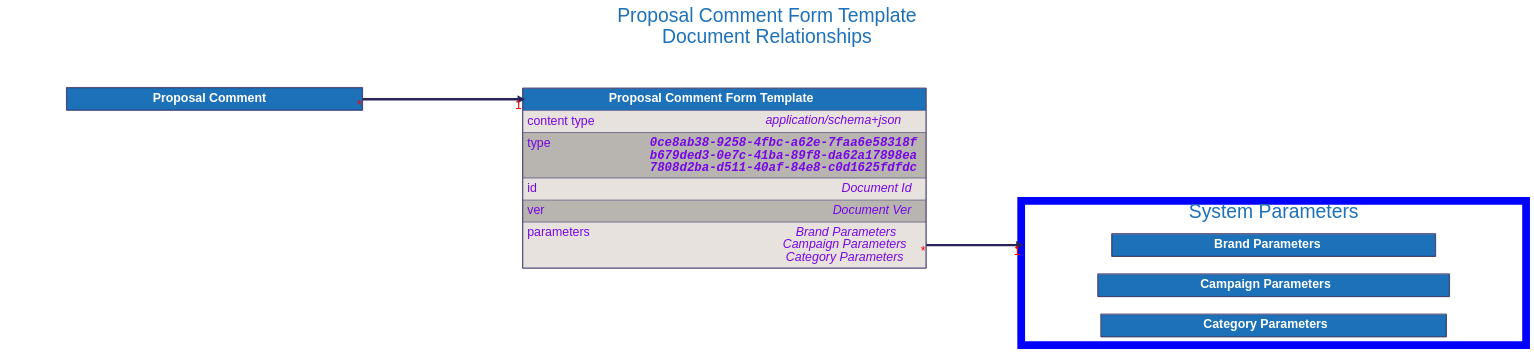
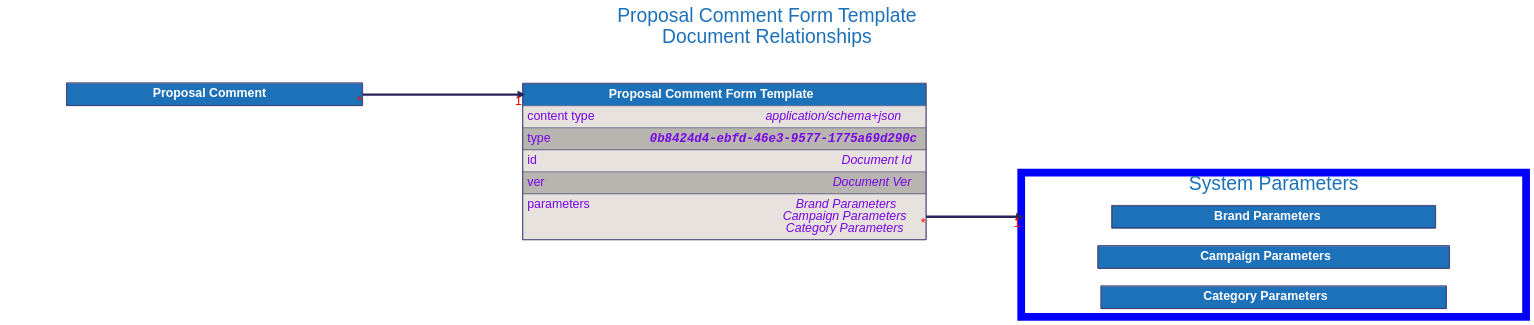
The diagram in docs/src/architecture/08_concepts/signed_doc/diagrams/proposal_comment_form_template.dot (input-output-hk/catalyst-libs), drawn with Graphviz before and after one commit. The commit also changed 57 other files, not shown here.

```diff
--- a/docs/src/architecture/08_concepts/signed_doc/diagrams/proposal_comment_form_template.dot
+++ b/docs/src/architecture/08_concepts/signed_doc/diagrams/proposal_comment_form_template.dot
@@ -1,149 +1,149 @@
 digraph "Proposal Comment Form Template" {
     rankdir="LR"
     graph [fontname="helvetica", fontsize="32", fontcolor="#29235c", bgcolor="white"];
     node [penwidth="0", margin="0", fontname="helvetica", fontsize="32", fontcolor="#29235c"];
     edge [fontname="helvetica", fontsize="32", fontcolor="red", color="#29235c"];
 
     labelloc="t"
     label="Proposal Comment Form Template
 Document Relationships"
     fontcolor="#1d71b8"
     fontsize=50
     compound=true
 
 
 
     subgraph cluster_system_parameters {
         label = "System Parameters";
         color=blue
         penwidth=20
 
         "Brand Parameters" [
             id="Brand Parameters";
             label=<
                 <TABLE BORDER="2" COLOR="#29235c" CELLBORDER="1" CELLSPACING="0" CELLPADDING="10">
                 <TR>
                     <TD PORT="title" BGCOLOR="#1d71b8" HREF="../brand_parameters/">
                         <FONT COLOR="#ffffff"><B> Brand Parameters </B></FONT>
                     </TD>
                 </TR>
 
                 </TABLE>
             >
         ];
 
 
         "Campaign Parameters" [
             id="Campaign Parameters";
             label=<
                 <TABLE BORDER="2" COLOR="#29235c" CELLBORDER="1" CELLSPACING="0" CELLPADDING="10">
                 <TR>
                     <TD PORT="title" BGCOLOR="#1d71b8" HREF="../campaign_parameters/">
                         <FONT COLOR="#ffffff"><B> Campaign Parameters </B></FONT>
                     </TD>
                 </TR>
 
                 </TABLE>
             >
         ];
 
 
         "Category Parameters" [
             id="Category Parameters";
             label=<
                 <TABLE BORDER="2" COLOR="#29235c" CELLBORDER="1" CELLSPACING="0" CELLPADDING="10">
                 <TR>
                     <TD PORT="title" BGCOLOR="#1d71b8" HREF="../category_parameters/">
                         <FONT COLOR="#ffffff"><B> Category Parameters </B></FONT>
                     </TD>
                 </TR>
 
                 </TABLE>
             >
         ];
 
     }
 
     "Proposal Comment Form Template" [
         id="Proposal Comment Form Template";
         label=<
             <TABLE BORDER="2" COLOR="#29235c" CELLBORDER="1" CELLSPACING="0" CELLPADDING="10">
             <TR>
                 <TD PORT="title" BGCOLOR="#1d71b8" HREF="../proposal_comment_form_template/">
                     <FONT COLOR="#ffffff"><B> Proposal Comment Form Template </B></FONT>
                 </TD>
             </TR>
             <TR>
                 <TD ALIGN="LEFT" PORT="content type" BGCOLOR="#e7e2dd">
                     <TABLE CELLPADDING="0" CELLSPACING="0" BORDER="0">
                         <TR>
                             <TD ALIGN="LEFT" VALIGN="TOP" WIDTH="200"><FONT COLOR="#7706E5">content type</FONT></TD>
                             <TD ALIGN="RIGHT"><FONT COLOR="#7706E5"><I>application/schema+json</I></FONT></TD>
                         </TR>
                     </TABLE>
                 </TD>
             </TR>
             <TR>
                 <TD ALIGN="LEFT" PORT="type" BGCOLOR="#b8b5b0">
                     <TABLE CELLPADDING="0" CELLSPACING="0" BORDER="0">
                         <TR>
                             <TD ALIGN="LEFT" VALIGN="TOP" WIDTH="200"><FONT COLOR="#7706E5">type</FONT></TD>
-                            <TD ALIGN="RIGHT"><FONT FACE="Courier" COLOR="#7706E5"><B><I>0ce8ab38-9258-4fbc-a62e-7faa6e58318f<BR />b679ded3-0e7c-41ba-89f8-da62a17898ea<BR />7808d2ba-d511-40af-84e8-c0d1625fdfdc</I></B></FONT></TD>
+                            <TD ALIGN="RIGHT"><FONT FACE="Courier" COLOR="#7706E5"><B><I>0b8424d4-ebfd-46e3-9577-1775a69d290c</I></B></FONT></TD>
                         </TR>
                     </TABLE>
                 </TD>
             </TR>
             <TR>
                 <TD ALIGN="LEFT" PORT="id" BGCOLOR="#e7e2dd">
                     <TABLE CELLPADDING="0" CELLSPACING="0" BORDER="0">
                         <TR>
                             <TD ALIGN="LEFT" VALIGN="TOP" WIDTH="200"><FONT COLOR="#7706E5">id</FONT></TD>
                             <TD ALIGN="RIGHT"><FONT COLOR="#7706E5"><I>Document Id</I></FONT></TD>
                         </TR>
                     </TABLE>
                 </TD>
             </TR>
             <TR>
                 <TD ALIGN="LEFT" PORT="ver" BGCOLOR="#b8b5b0">
                     <TABLE CELLPADDING="0" CELLSPACING="0" BORDER="0">
                         <TR>
                             <TD ALIGN="LEFT" VALIGN="TOP" WIDTH="200"><FONT COLOR="#7706E5">ver</FONT></TD>
                             <TD ALIGN="RIGHT"><FONT COLOR="#7706E5"><I>Document Ver</I></FONT></TD>
                         </TR>
                     </TABLE>
                 </TD>
             </TR>
             <TR>
                 <TD ALIGN="LEFT" PORT="parameters" BGCOLOR="#e7e2dd">
                     <TABLE CELLPADDING="0" CELLSPACING="0" BORDER="0">
                         <TR>
                             <TD ALIGN="LEFT" VALIGN="TOP" WIDTH="200"><FONT COLOR="#7706E5">parameters</FONT></TD>
                             <TD ALIGN="RIGHT"><FONT COLOR="#7706E5"><I>Brand Parameters<BR />Campaign Parameters<BR />Category Parameters</I></FONT></TD>
                         </TR>
                     </TABLE>
                 </TD>
             </TR>
 
             </TABLE>
         >
     ];
 
 
     "Proposal Comment" [
         id="Proposal Comment";
         label=<
             <TABLE BORDER="2" COLOR="#29235c" CELLBORDER="1" CELLSPACING="0" CELLPADDING="10">
             <TR>
                 <TD PORT="title" BGCOLOR="#1d71b8" HREF="../proposal_comment/">
                     <FONT COLOR="#ffffff"><B> Proposal Comment </B></FONT>
                 </TD>
             </TR>
 
             </TABLE>
         >
     ];
 
 
     "Proposal Comment Form Template":"parameters":e -> "Brand Parameters" [dir=forward, penwidth=6, color="#29235c", headlabel="1", taillabel="*", lhead="cluster_system_parameters"]
     "Proposal Comment":"title":e -> "Proposal Comment Form Template":"title":w [dir=forward, penwidth=6, color="#29235c", headlabel="1", taillabel="*"]
 }
```
